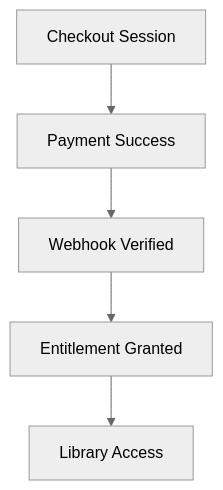
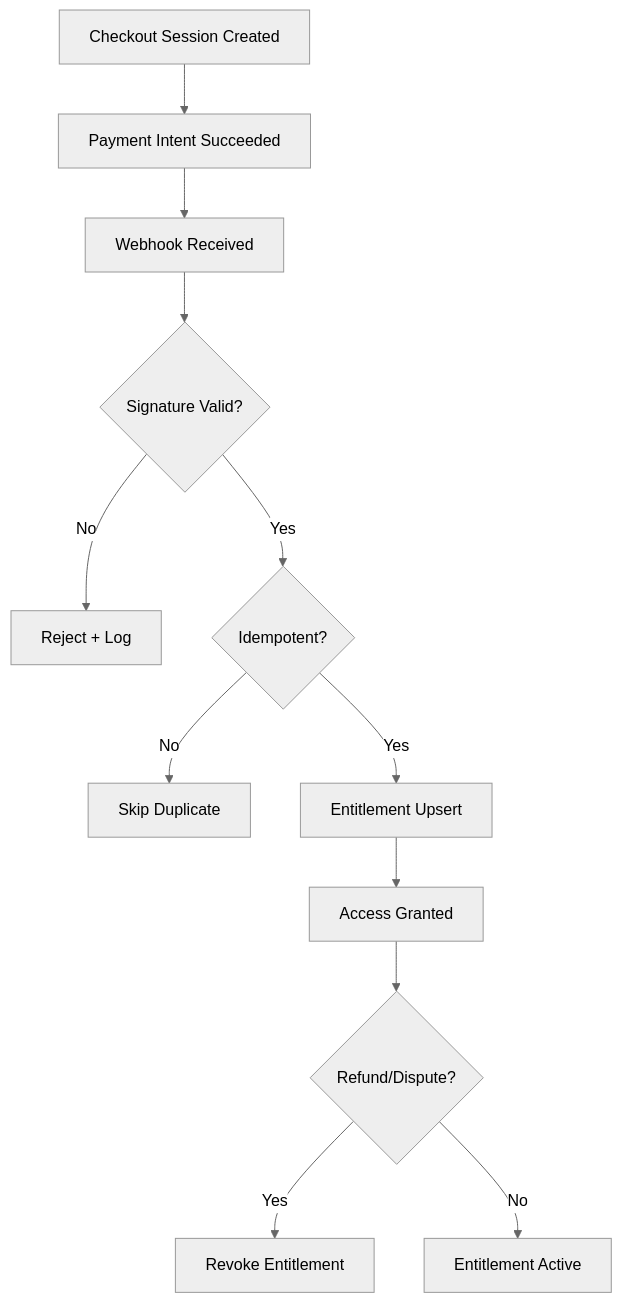
The diagram in docs/payment_entitlement_flow.md (Johnsonbros/Uncharted_Stars_Saga), drawn with Mermaid (neutral theme) before and after one commit. The commit also changed other lines of this file and 3 other files, not shown here.

Commit message:
Finalize funnel, payment, and narrative ERD diagrams

````diff
--- a/docs/payment_entitlement_flow.md
+++ b/docs/payment_entitlement_flow.md
@@ -39,7 +43,14 @@
 ```mermaid
 flowchart TD
-  A[Checkout Session] --> B[Payment Success]
-  B --> C[Webhook Verified]
-  C --> D[Entitlement Granted]
-  D --> E[Library Access]
+  A[Checkout Session Created] --> B[Payment Intent Succeeded]
+  B --> C[Webhook Received]
+  C --> D{Signature Valid?}
+  D -- No --> E[Reject + Log]
+  D -- Yes --> F{Idempotent?}
+  F -- No --> G[Skip Duplicate]
+  F -- Yes --> H[Entitlement Upsert]
+  H --> I[Access Granted]
+  I --> J{Refund/Dispute?}
+  J -- Yes --> K[Revoke Entitlement]
+  J -- No --> L[Entitlement Active]
 ```
````
